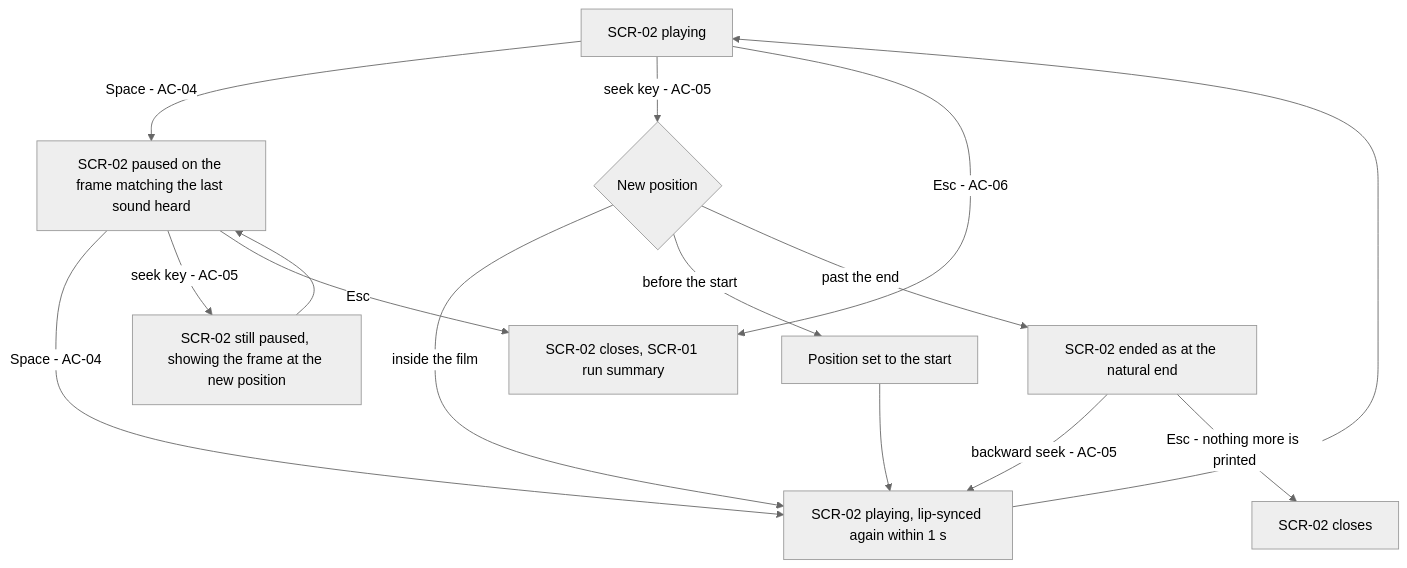
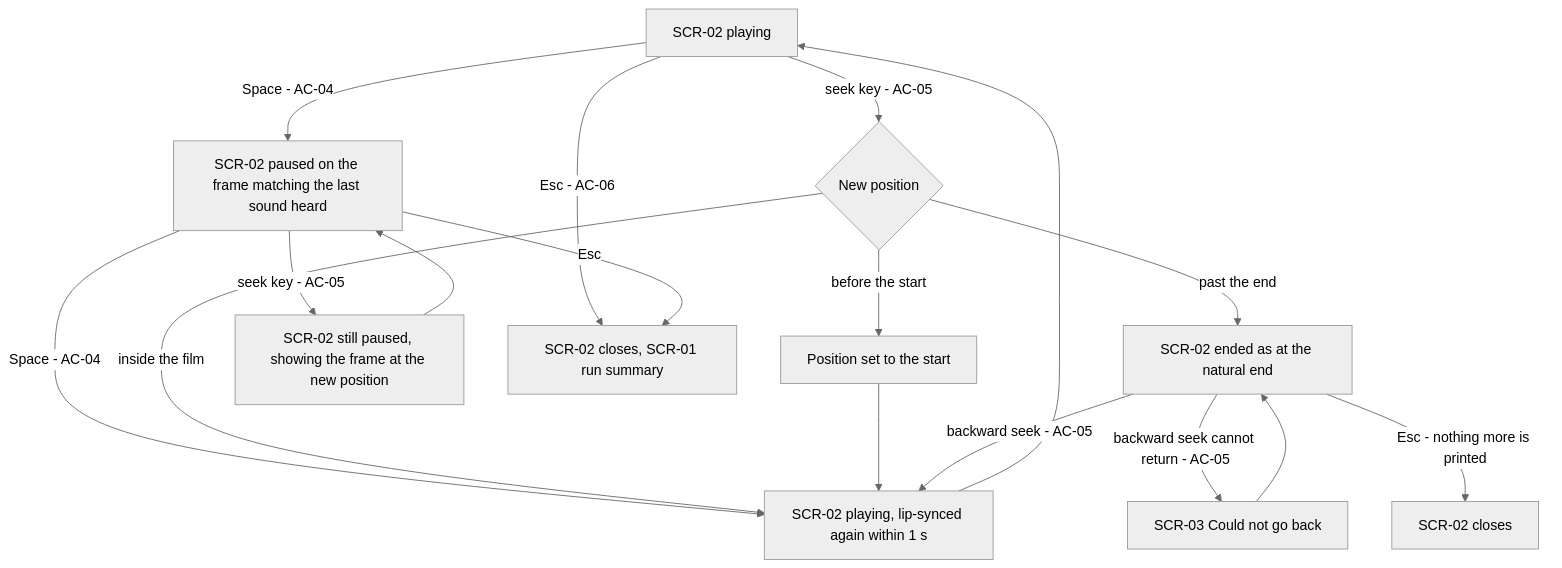
The second of 5 diagrams in docs/features/lip-synced-video/ux-flows.md (PulsarV/DualPlayer), drawn with Mermaid (neutral theme) before and after one commit. The commit also changed other lines of this file and 13 other files, not shown here.

First line of the commit message:
implement: lip-synced-video T101 Bring cli.md, ux-flows, sad flow 3, SCR-02 and test-plan in step with the code, and test Esc after every end cause

````diff
--- a/docs/features/lip-synced-video/ux-flows.md
+++ b/docs/features/lip-synced-video/ux-flows.md
@@ -62,17 +62,19 @@
 ```mermaid
 flowchart TD
     PL["SCR-02 playing"] -->|"Space - AC-04"| PA["SCR-02 paused on the frame matching the last sound heard"]
     PA -->|"Space - AC-04"| R["SCR-02 playing, lip-synced again within 1 s"]
     R --> PL
     PL -->|"seek key - AC-05"| T{"New position"}
     T -->|"inside the film"| R
     T -->|"before the start"| ST["Position set to the start"]
     ST --> R
     T -->|"past the end"| EN["SCR-02 ended as at the natural end"]
     PA -->|"seek key - AC-05"| PS["SCR-02 still paused, showing the frame at the new position"]
     PS --> PA
     EN -->|"backward seek - AC-05"| R
+    EN -->|"backward seek cannot return - AC-05"| GB["SCR-03 Could not go back"]
+    GB --> EN
     PL -->|"Esc - AC-06"| X["SCR-02 closes, SCR-01 run summary"]
     PA -->|"Esc"| X
     EN -->|"Esc - nothing more is printed"| XE["SCR-02 closes"]
 ```
````
